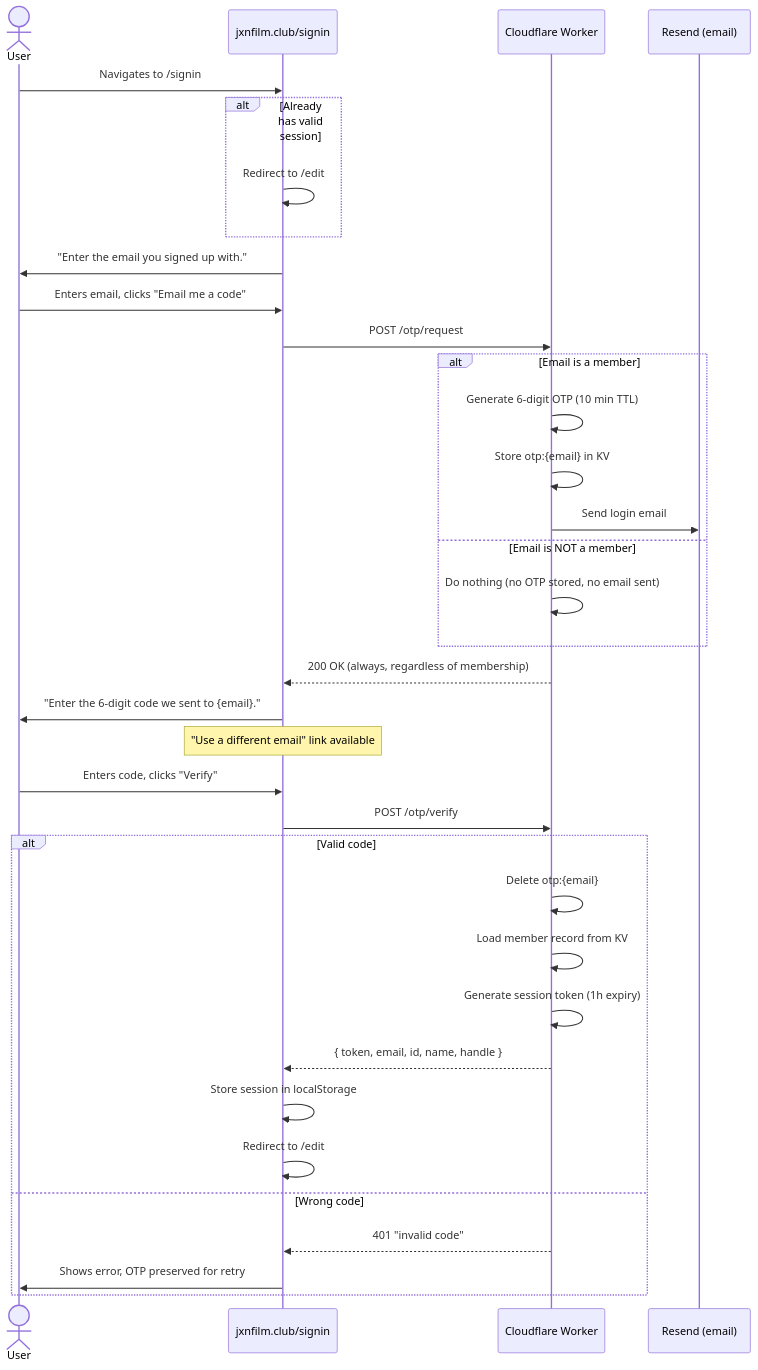
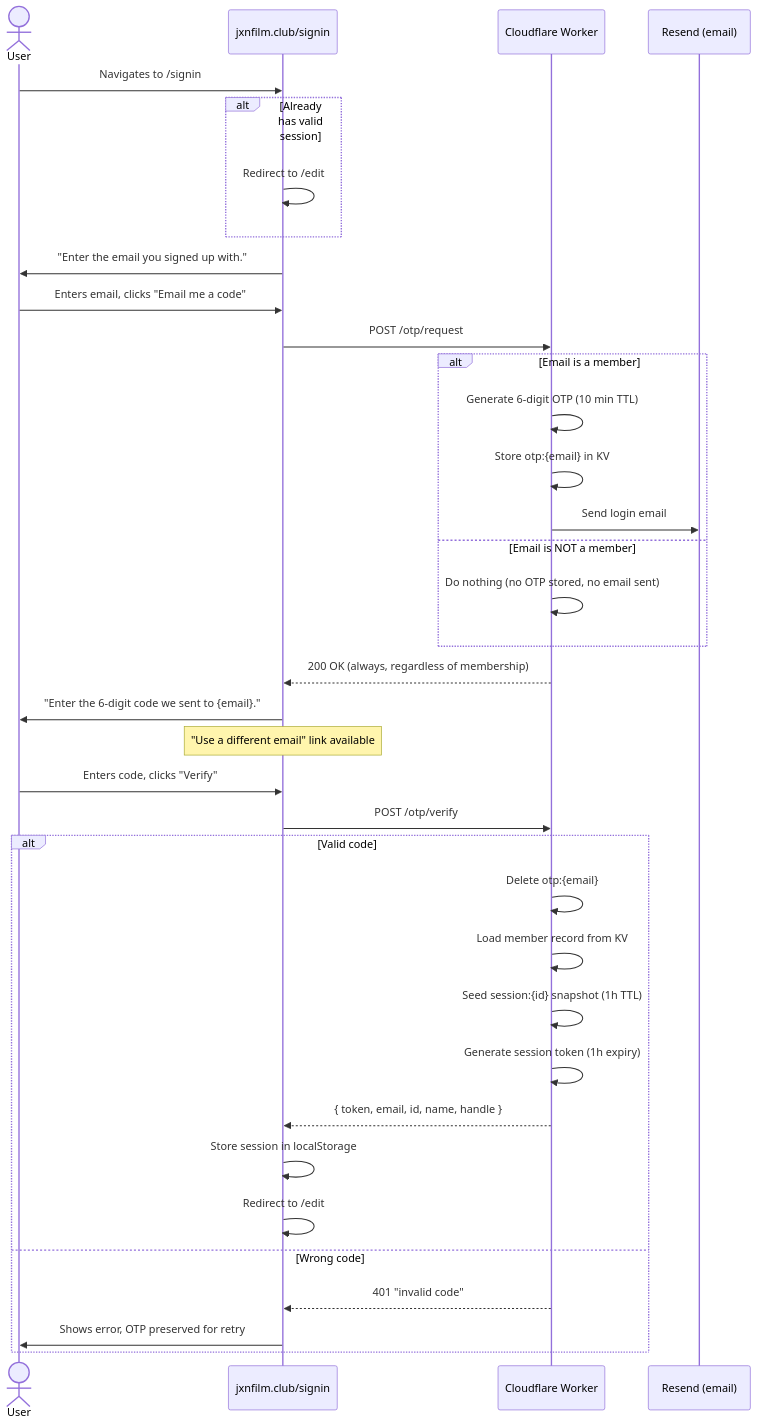
One commit to michaellambgelo/jxnfilmclub changed the diagram in docs/features/signin.md. Above: the diagram before and after it, drawn with Mermaid. The commit also changed 10 other files, not shown here.

First line of the commit message:
feat(worker): add session:{id} KV overlay for fast post-update reads

````diff
--- a/docs/features/signin.md
+++ b/docs/features/signin.md
@@ -7,42 +7,43 @@
 ```mermaid
 sequenceDiagram
     actor User
     participant Site as jxnfilm.club/signin
     participant Worker as Cloudflare Worker
     participant Email as Resend (email)
 
     User->>Site: Navigates to /signin
     alt Already has valid session
         Site->>Site: Redirect to /edit
     end
 
     Site->>User: "Enter the email you signed up with."
     User->>Site: Enters email, clicks "Email me a code"
     Site->>Worker: POST /otp/request
 
     alt Email is a member
         Worker->>Worker: Generate 6-digit OTP (10 min TTL)
         Worker->>Worker: Store otp:{email} in KV
         Worker->>Email: Send login email
     else Email is NOT a member
         Worker->>Worker: Do nothing (no OTP stored, no email sent)
     end
     Worker-->>Site: 200 OK (always, regardless of membership)
 
     Site->>User: "Enter the 6-digit code we sent to {email}."
     Note over Site: "Use a different email" link available
     User->>Site: Enters code, clicks "Verify"
     Site->>Worker: POST /otp/verify
 
     alt Valid code
         Worker->>Worker: Delete otp:{email}
         Worker->>Worker: Load member record from KV
+        Worker->>Worker: Seed session:{id} snapshot (1h TTL)
         Worker->>Worker: Generate session token (1h expiry)
         Worker-->>Site: { token, email, id, name, handle }
         Site->>Site: Store session in localStorage
         Site->>Site: Redirect to /edit
     else Wrong code
         Worker-->>Site: 401 "invalid code"
         Site->>User: Shows error, OTP preserved for retry
     end
 ```
````
